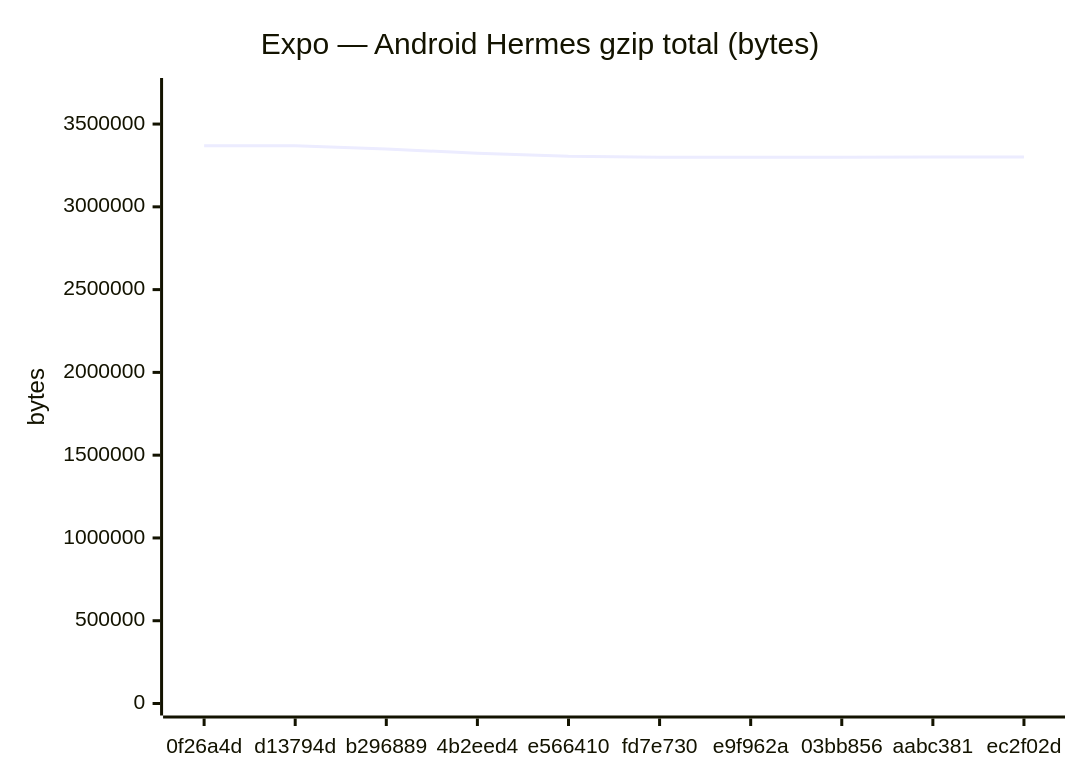
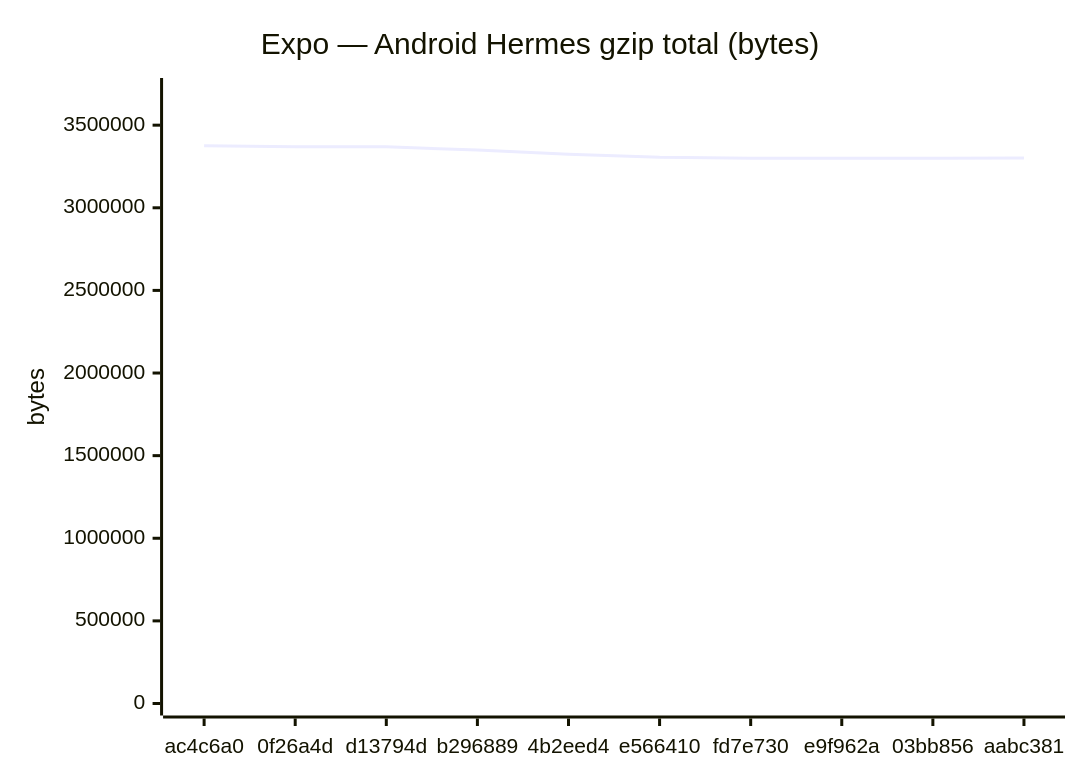
The fifth of 18 diagrams in benchmarks/compare.md (Metaheurist/Rianell), drawn with Mermaid before and after one commit. The commit also changed other lines of this file and 11 other files, not shown here.

````diff
--- a/benchmarks/compare.md
+++ b/benchmarks/compare.md
@@ -89,7 +89,7 @@
 ```mermaid
 xychart-beta
     title "Expo — Android Hermes gzip total (bytes)"
-    x-axis ["0f26a4d", "d13794d", "b296889", "4b2eed4", "e566410", "fd7e730", "e9f962a", "03bb856", "aabc381", "ec2f02d"]
-    y-axis "bytes" 0 --> 3705748
-    line [3368860, 3368861, 3349208, 3324082, 3305549, 3300038, 3300034, 3300038, 3300630, 3300522]
+    x-axis ["ac4c6a0", "0f26a4d", "d13794d", "b296889", "4b2eed4", "e566410", "fd7e730", "e9f962a", "03bb856", "aabc381"]
+    y-axis "bytes" 0 --> 3712831
+    line [3375300, 3368860, 3368861, 3349208, 3324082, 3305549, 3300038, 3300034, 3300038, 3300630]
 ```
````
